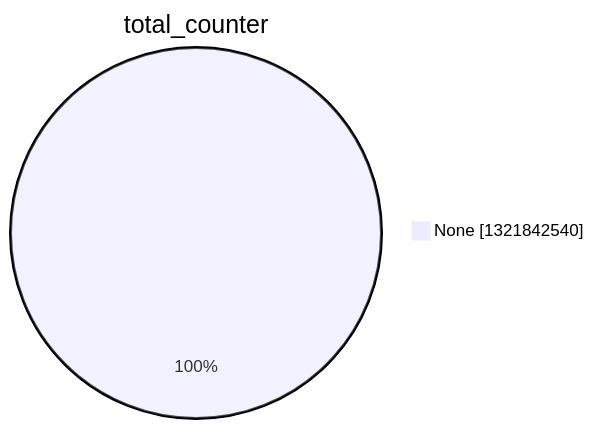
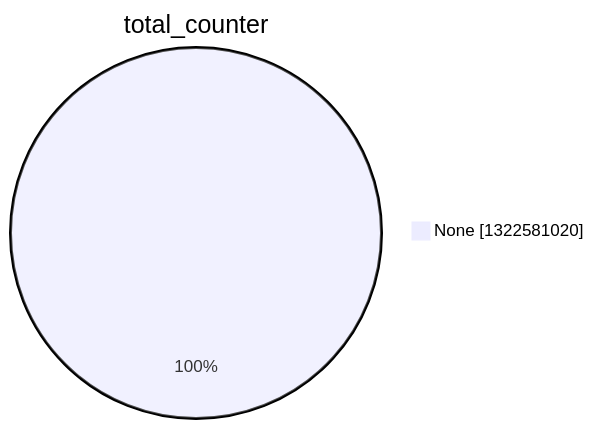
One commit to christiankrug/ctmonitor_visualization changed the second of 15 diagrams in argon2022/README.md. Above: the diagram before and after it, drawn with Mermaid. The commit also changed other lines of this file, not shown here.

````diff
--- a/argon2022/README.md
+++ b/argon2022/README.md
@@ -9,5 +9,5 @@
 ```mermaid
 pie showData
 title total_counter
-"None" :1321842540
+"None" :1322581020
 ```
````
